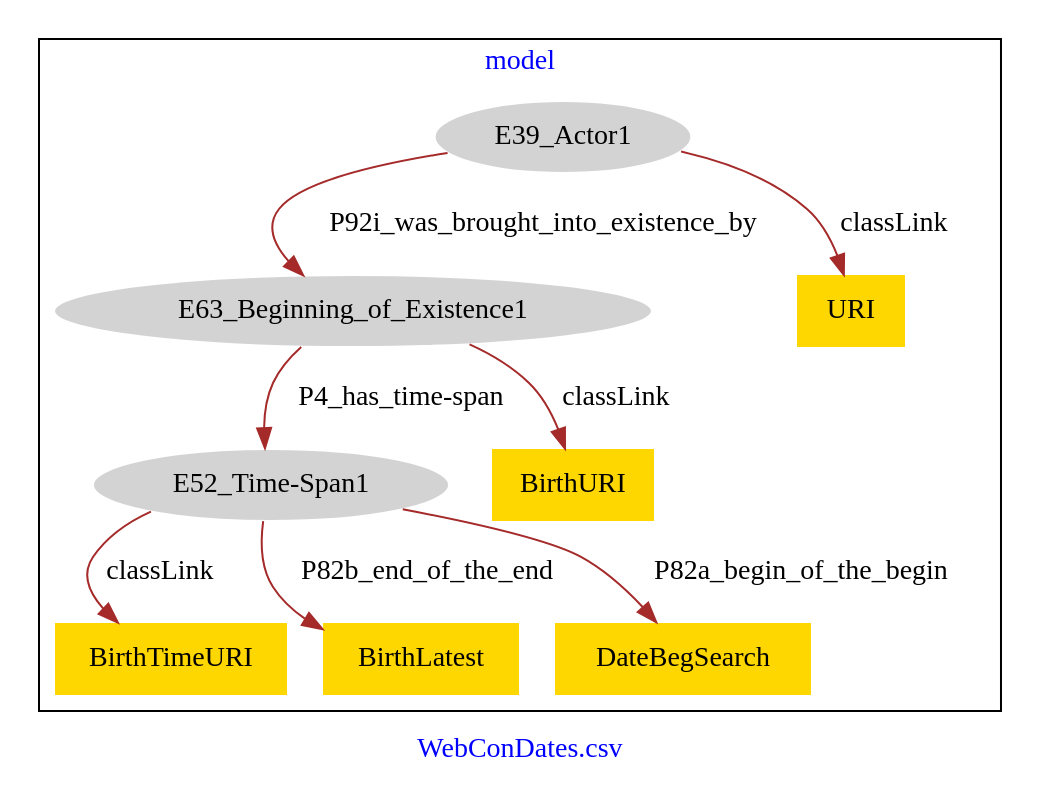
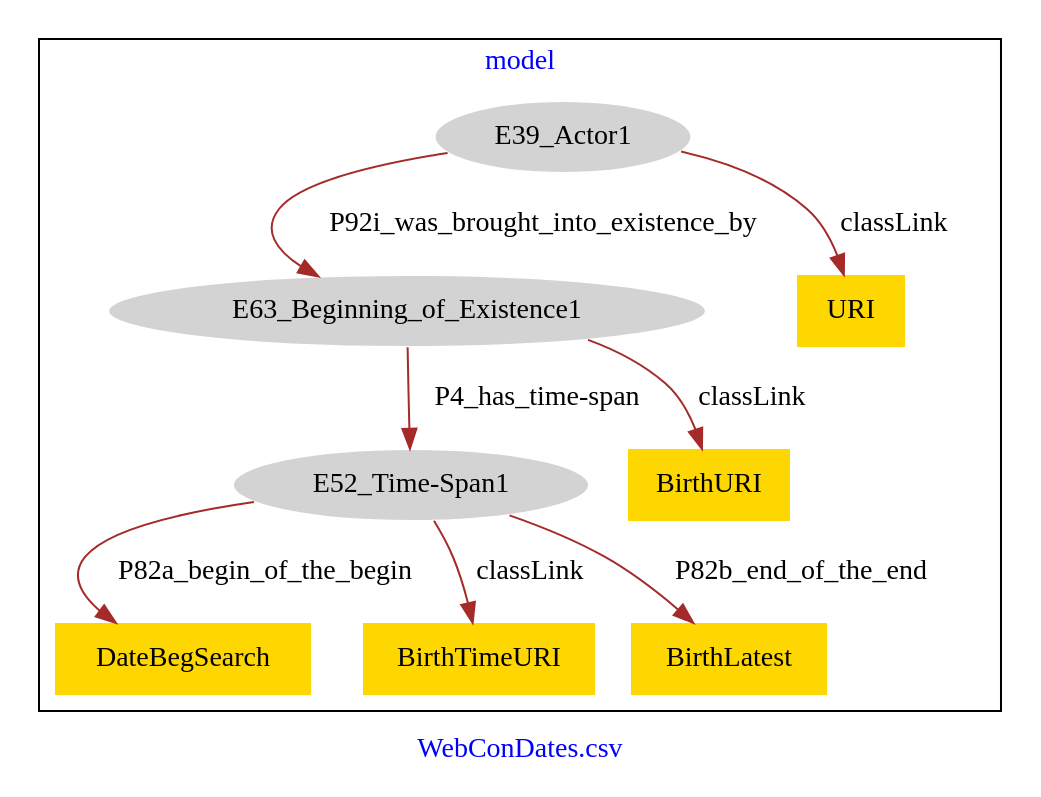
One commit to american-art/SAAM changed the diagram in WebConDatesBirth/WebConDatesBirth-model.dot. Above: the diagram before and after it, drawn with Graphviz.

Commit message:
Update file WebConDatesBirth-model.dot

```diff
--- a/WebConDatesBirth/WebConDatesBirth-model.dot
+++ b/WebConDatesBirth/WebConDatesBirth-model.dot
@@ -1,23 +1,23 @@
 digraph n0 {
 fontcolor="blue"
 remincross="true"
 label="WebConDates.csv"
 subgraph cluster {
 label="model"
 n2[style="filled",color="white",fillcolor="lightgray",label="E39_Actor1"];
 n3[style="filled",color="white",fillcolor="lightgray",label="E63_Beginning_of_Existence1"];
 n4[style="filled",color="white",fillcolor="lightgray",label="E52_Time-Span1"];
 n5[shape="plaintext",style="filled",fillcolor="gold",label="BirthURI"];
-n6[shape="plaintext",style="filled",fillcolor="gold",label="BirthTimeURI"];
-n7[shape="plaintext",style="filled",fillcolor="gold",label="BirthLatest"];
-n8[shape="plaintext",style="filled",fillcolor="gold",label="URI"];
-n9[shape="plaintext",style="filled",fillcolor="gold",label="DateBegSearch"];
+n6[shape="plaintext",style="filled",fillcolor="gold",label="DateBegSearch"];
+n7[shape="plaintext",style="filled",fillcolor="gold",label="URI"];
+n8[shape="plaintext",style="filled",fillcolor="gold",label="BirthTimeURI"];
+n9[shape="plaintext",style="filled",fillcolor="gold",label="BirthLatest"];
 }
 n2 -> n3[color="brown",fontcolor="black",label="P92i_was_brought_into_existence_by"]
 n3 -> n4[color="brown",fontcolor="black",label="P4_has_time-span"]
 n3 -> n5[color="brown",fontcolor="black",label="classLink"]
-n4 -> n6[color="brown",fontcolor="black",label="classLink"]
-n4 -> n7[color="brown",fontcolor="black",label="P82b_end_of_the_end"]
-n2 -> n8[color="brown",fontcolor="black",label="classLink"]
-n4 -> n9[color="brown",fontcolor="black",label="P82a_begin_of_the_begin"]
+n4 -> n6[color="brown",fontcolor="black",label="P82a_begin_of_the_begin"]
+n2 -> n7[color="brown",fontcolor="black",label="classLink"]
+n4 -> n8[color="brown",fontcolor="black",label="classLink"]
+n4 -> n9[color="brown",fontcolor="black",label="P82b_end_of_the_end"]
 }
```
